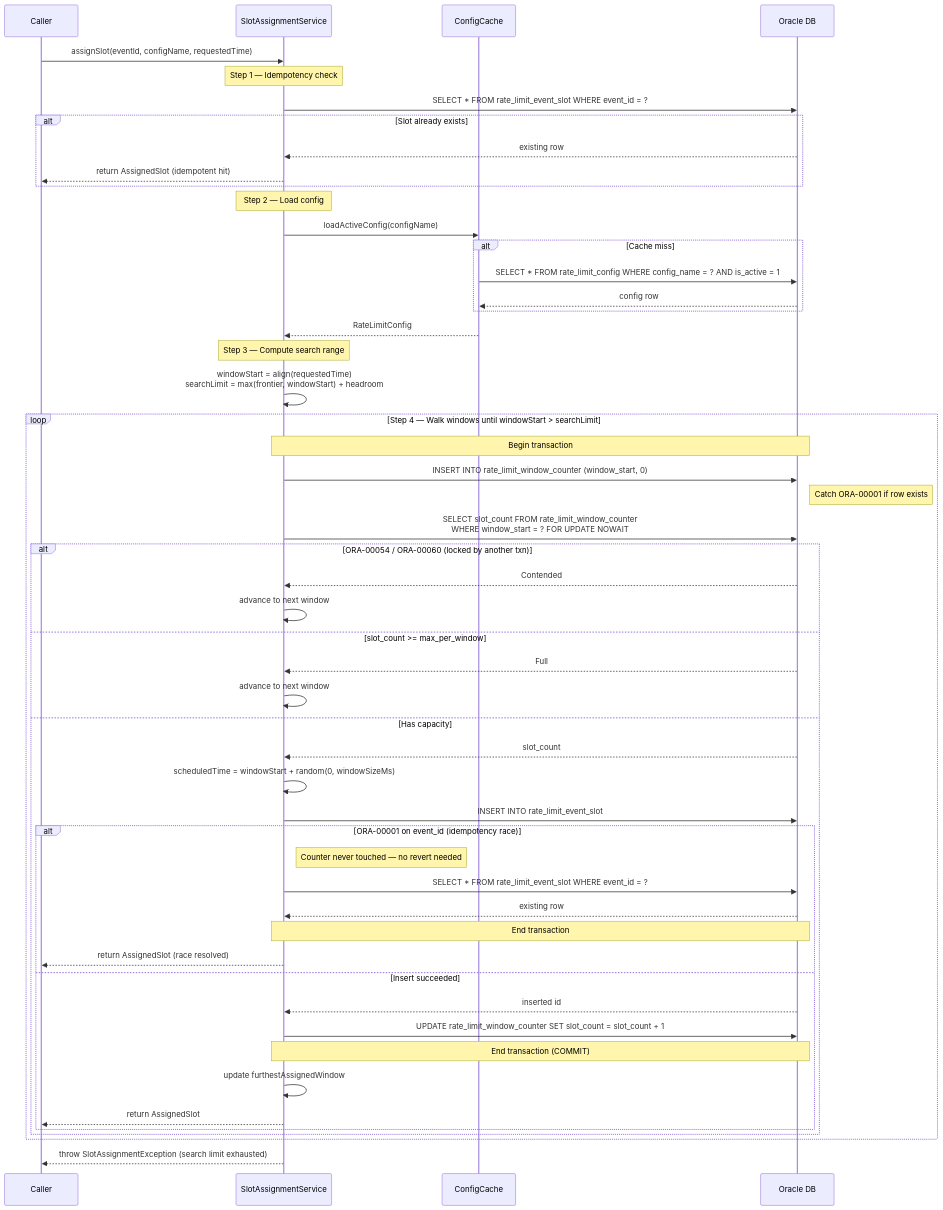
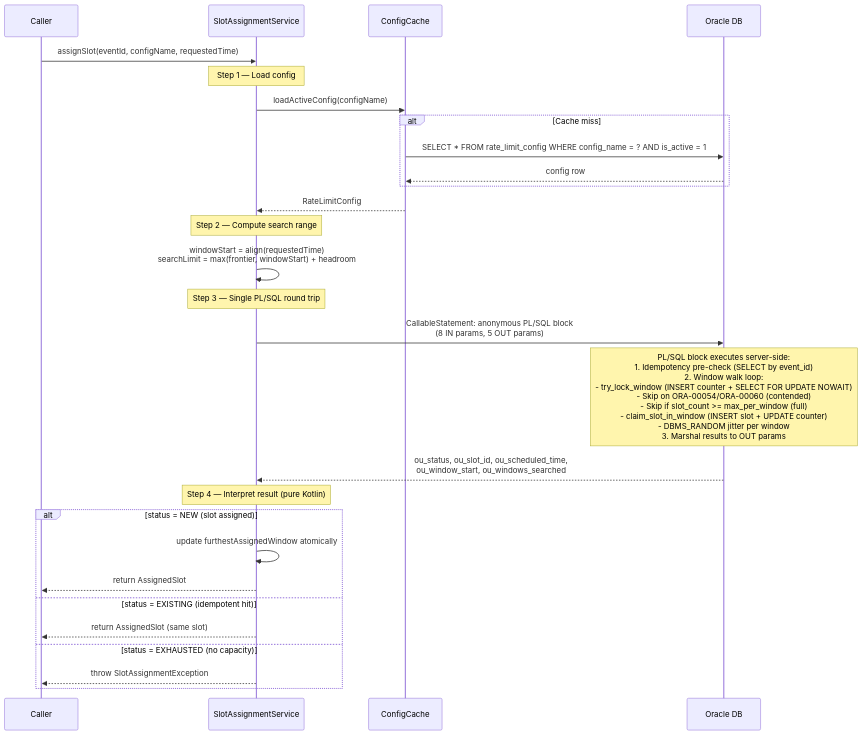
One commit to arunav-bhattacharya/rate-limiter changed the first of 2 diagrams in README.md. Above: the diagram before and after it, drawn with Mermaid. The commit also changed other lines of this file and 6 other files, not shown here.

Commit message:
Refactor: Enhance slot assignment logic with single PL/SQL block execution, update configuration to use ISO-8601 duration strings, and improve Oracle datasource settings for better performance and clarity

````diff
--- a/README.md
+++ b/README.md
@@ -210,64 +224,37 @@
 ```mermaid
 sequenceDiagram
     participant Caller
     participant SAS as SlotAssignmentService
     participant Cache as ConfigCache
     participant DB as Oracle DB
 
     Caller->>SAS: assignSlot(eventId, configName, requestedTime)
 
-    Note over SAS: Step 1 — Idempotency check
-    SAS->>DB: SELECT * FROM rate_limit_event_slot WHERE event_id = ?
-    alt Slot already exists
-        DB-->>SAS: existing row
-        SAS-->>Caller: return AssignedSlot (idempotent hit)
-    end
-
-    Note over SAS: Step 2 — Load config
+    Note over SAS: Step 1 — Load config
     SAS->>Cache: loadActiveConfig(configName)
     alt Cache miss
         Cache->>DB: SELECT * FROM rate_limit_config WHERE config_name = ? AND is_active = 1
         DB-->>Cache: config row
     end
     Cache-->>SAS: RateLimitConfig
 
-    Note over SAS: Step 3 — Compute search range
+    Note over SAS: Step 2 — Compute search range
     SAS->>SAS: windowStart = align(requestedTime)<br/>searchLimit = max(frontier, windowStart) + headroom
 
-    loop Step 4 — Walk windows until windowStart > searchLimit
-        Note over SAS,DB: Begin transaction
+    Note over SAS: Step 3 — Single PL/SQL round trip
+    SAS->>DB: CallableStatement: anonymous PL/SQL block<br/>(8 IN params, 5 OUT params)
 
-        SAS->>DB: INSERT INTO rate_limit_window_counter (window_start, 0)
-        Note right of DB: Catch ORA-00001 if row exists
+    Note over DB: PL/SQL block executes server-side:<br/>1. Idempotency pre-check (SELECT by event_id)<br/>2. Window walk loop:<br/>   - try_lock_window (INSERT counter + SELECT FOR UPDATE NOWAIT)<br/>   - Skip on ORA-00054/ORA-00060 (contended)<br/>   - Skip if slot_count >= max_per_window (full)<br/>   - claim_slot_in_window (INSERT slot + UPDATE counter)<br/>   - DBMS_RANDOM jitter per window<br/>3. Marshal results to OUT params
 
-        SAS->>DB: SELECT slot_count FROM rate_limit_window_counter<br/>WHERE window_start = ? FOR UPDATE NOWAIT
-        alt ORA-00054 / ORA-00060 (locked by another txn)
-            DB-->>SAS: Contended
-            SAS->>SAS: advance to next window
-        else slot_count >= max_per_window
-            DB-->>SAS: Full
-            SAS->>SAS: advance to next window
-        else Has capacity
-            DB-->>SAS: slot_count
+    DB-->>SAS: ou_status, ou_slot_id, ou_scheduled_time,<br/>ou_window_start, ou_windows_searched
 
-            SAS->>SAS: scheduledTime = windowStart + random(0, windowSizeMs)
-            SAS->>DB: INSERT INTO rate_limit_event_slot
-
-            alt ORA-00001 on event_id (idempotency race)
-                Note right of SAS: Counter never touched — no revert needed
-                SAS->>DB: SELECT * FROM rate_limit_event_slot WHERE event_id = ?
-                DB-->>SAS: existing row
-                Note over SAS,DB: End transaction
-                SAS-->>Caller: return AssignedSlot (race resolved)
-            else Insert succeeded
-                DB-->>SAS: inserted id
-                SAS->>DB: UPDATE rate_limit_window_counter SET slot_count = slot_count + 1
-                Note over SAS,DB: End transaction (COMMIT)
-                SAS->>SAS: update furthestAssignedWindow
-                SAS-->>Caller: return AssignedSlot
-            end
-        end
+    Note over SAS: Step 4 — Interpret result (pure Kotlin)
+    alt status = NEW (slot assigned)
+        SAS->>SAS: update furthestAssignedWindow atomically
+        SAS-->>Caller: return AssignedSlot
+    else status = EXISTING (idempotent hit)
+        SAS-->>Caller: return AssignedSlot (same slot)
+    else status = EXHAUSTED (no capacity)
+        SAS-->>Caller: throw SlotAssignmentException
     end
-
-    SAS-->>Caller: throw SlotAssignmentException (search limit exhausted)
 ```
````
